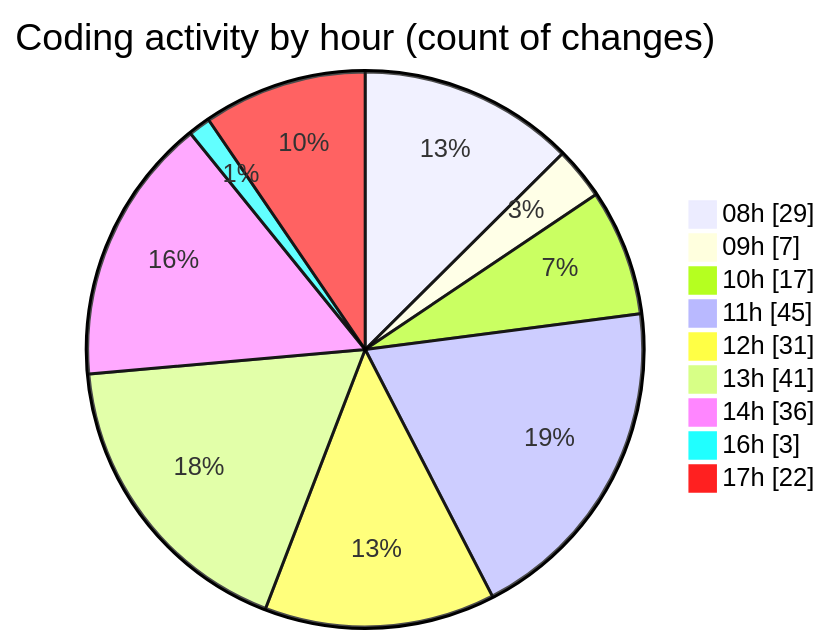
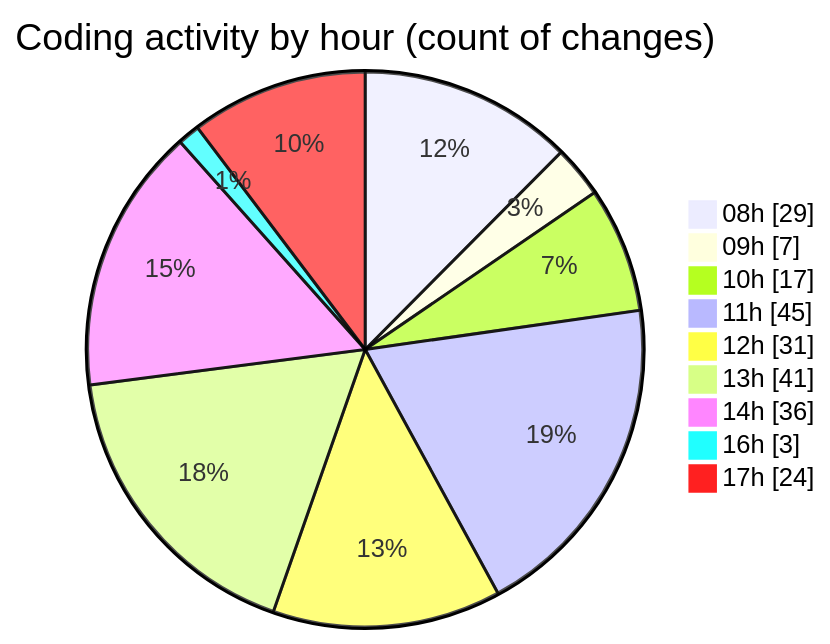
One commit to momahboobian/code-tracking changed the second of 2 diagrams in 2025-04-09/cda/README.md. Above: the diagram before and after it, drawn with Mermaid. The commit also changed other lines of this file and 1 other file, not shown here.

````diff
--- a/2025-04-09/cda/README.md
+++ b/2025-04-09/cda/README.md
@@ -59,13 +59,13 @@
 ```mermaid
 pie showData
 title Coding activity by hour (count of changes)
 "08h" : 29
 "09h" : 7
 "10h" : 17
 "11h" : 45
 "12h" : 31
 "13h" : 41
 "14h" : 36
 "16h" : 3
-"17h" : 22
+"17h" : 24
 ```
````
